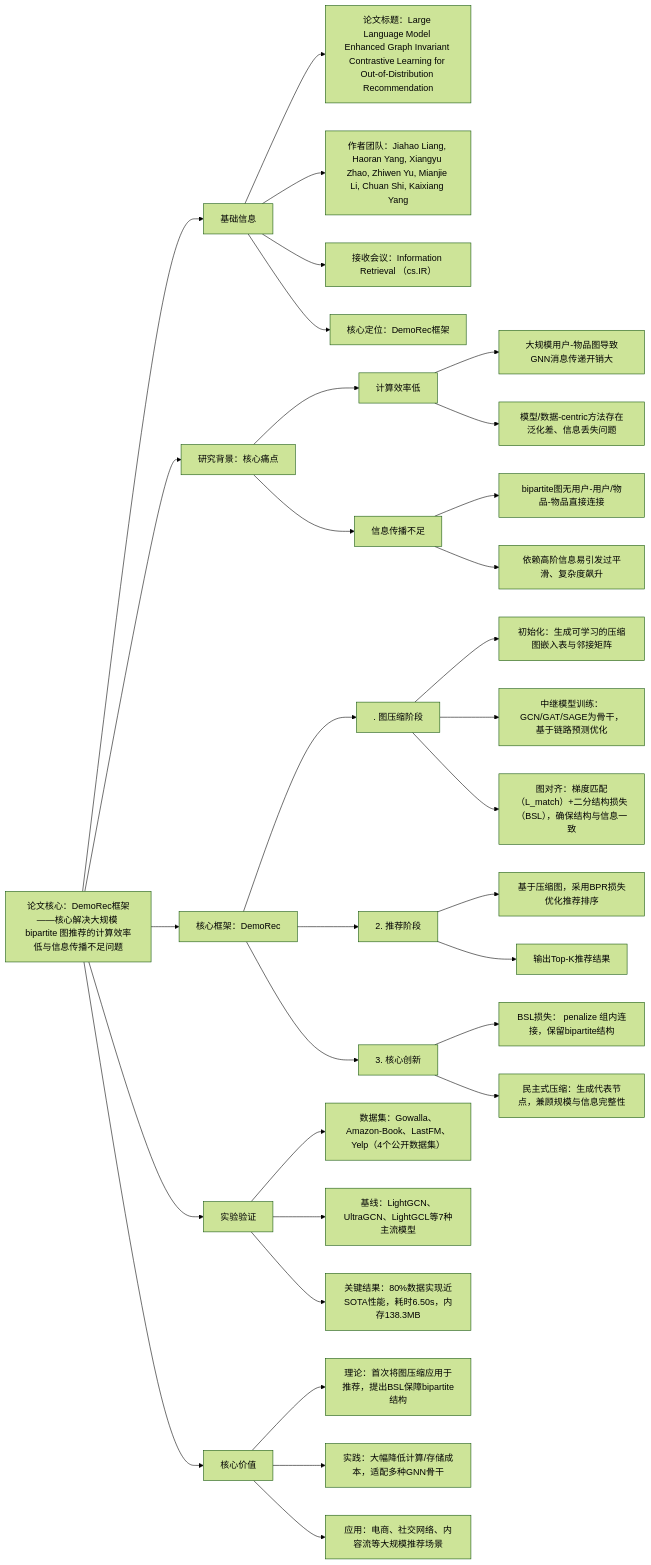
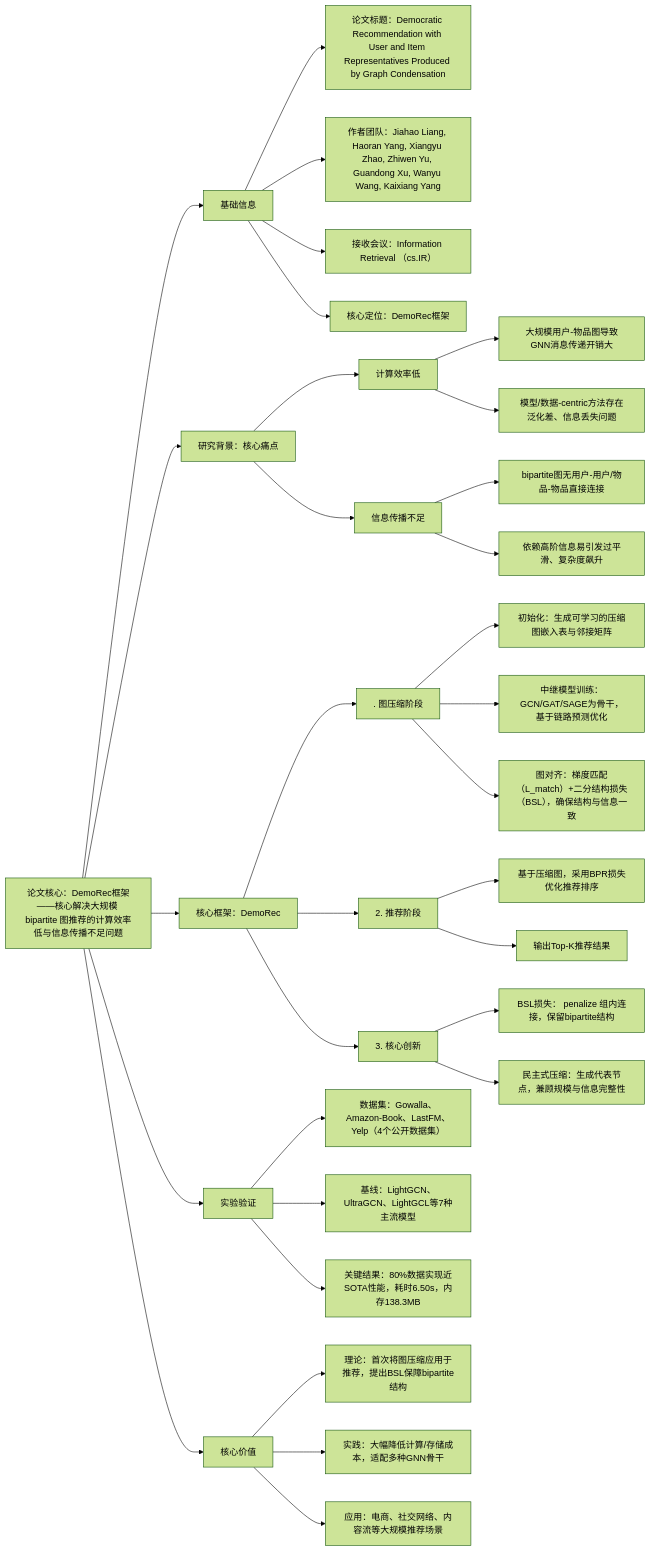
The diagram in notes/2511/4-week/016-DemoRec.md (stephenZkang/recommended-paper-weekly-reading), drawn with Mermaid (forest theme) before and after one commit.

Commit message:
feat(每周推荐): 11月第四周
1. 11月第四周 第十六篇 论文核心：DemoRec框架——核心解决大规模 bipartite 图推荐的计算效率低与信息传播不足问题

````diff
--- a/notes/2511/4-week/016-DemoRec.md
+++ b/notes/2511/4-week/016-DemoRec.md
@@ -7,43 +7,43 @@
 ```mermaid
 graph LR
 A[论文核心：DemoRec框架——核心解决大规模 bipartite 图推荐的计算效率低与信息传播不足问题] --> B[基础信息]
 
-B --> B1[论文标题：Large Language Model Enhanced Graph Invariant Contrastive Learning for Out-of-Distribution Recommendation]
-B --> B2[作者团队：Jiahao Liang, Haoran Yang, Xiangyu Zhao, Zhiwen Yu, Mianjie Li, Chuan Shi, Kaixiang Yang]
+B --> B1[论文标题：Democratic Recommendation with User and Item Representatives Produced by Graph Condensation]
+B --> B2[作者团队：Jiahao Liang, Haoran Yang, Xiangyu Zhao, Zhiwen Yu, Guandong Xu, Wanyu Wang, Kaixiang Yang]
 B --> B3[接收会议：Information Retrieval （cs.IR）]
 B --> B4[核心定位：DemoRec框架]
 
 A --> C[研究背景：核心痛点]
 C --> C1[计算效率低]
 C1 --> C11[大规模用户-物品图导致GNN消息传递开销大]
 C1 --> C12[模型/数据-centric方法存在泛化差、信息丢失问题]
 C --> C2[信息传播不足]
 C2 --> C21[bipartite图无用户-用户/物品-物品直接连接]
 C2 --> C22[依赖高阶信息易引发过平滑、复杂度飙升]
 
 A --> D[核心框架：DemoRec]
 
 D --> D1[. 图压缩阶段]
 D1 --> D11[初始化：生成可学习的压缩图嵌入表与邻接矩阵]
 D1 --> D12[中继模型训练：GCN/GAT/SAGE为骨干，基于链路预测优化]
 D1 --> D13[图对齐：梯度匹配（L_match）+二分结构损失（BSL），确保结构与信息一致]
 D --> D2[2. 推荐阶段]
 D2 --> D21[基于压缩图，采用BPR损失优化推荐排序]
 D2 --> D22[输出Top-K推荐结果]
 D --> D3[3. 核心创新]
 D3 --> D31[BSL损失： penalize 组内连接，保留bipartite结构]
 D3 --> D32[民主式压缩：生成代表节点，兼顾规模与信息完整性]
 
 A --> E[实验验证]
 
 E --> E1[数据集：Gowalla、Amazon-Book、LastFM、Yelp（4个公开数据集）]
 E --> E2[基线：LightGCN、UltraGCN、LightGCL等7种主流模型]
 E --> E3[关键结果：80%数据实现近SOTA性能，耗时6.50s，内存138.3MB]
 
 
 A --> F[核心价值]
 
 F --> F1[理论：首次将图压缩应用于推荐，提出BSL保障bipartite结构]
 F --> F2[实践：大幅降低计算/存储成本，适配多种GNN骨干]
 F --> F3[应用：电商、社交网络、内容流等大规模推荐场景]
 ```
````
